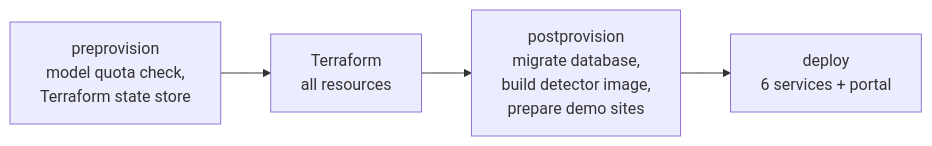
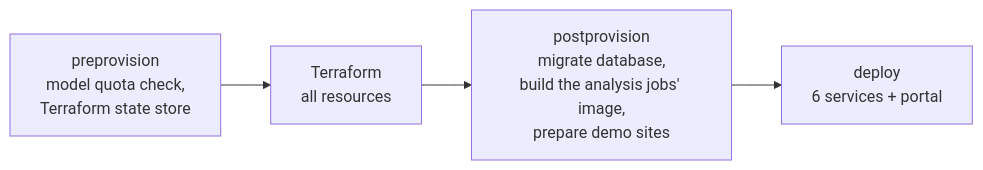
Diagram 12 of 12 in README.md (ikhemissi/smart-device-platform-sample), drawn with Mermaid before and after one commit. The commit also changed other lines of this file, not shown here.

````diff
--- a/README.md
+++ b/README.md
@@ -342,6 +359,6 @@
 ```mermaid
 flowchart LR
   A["preprovision<br/>model quota check,<br/>Terraform state store"] --> B["Terraform<br/>all resources"]
-  B --> C["postprovision<br/>migrate database,<br/>build detector image,<br/>prepare demo sites"]
+  B --> C["postprovision<br/>migrate database,<br/>build the analysis jobs' image,<br/>prepare demo sites"]
   C --> D["deploy<br/>6 services + portal"]
 ```
````
